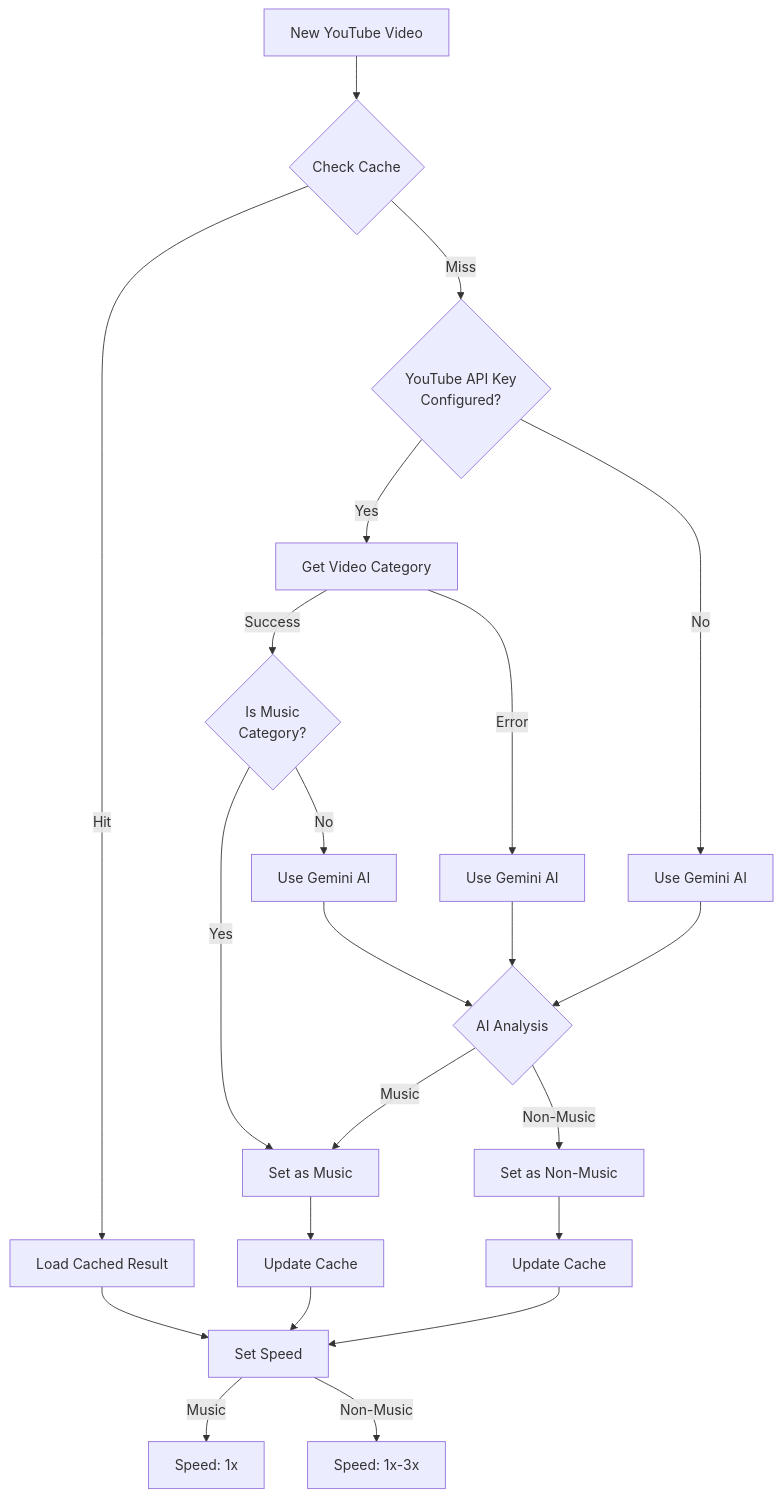
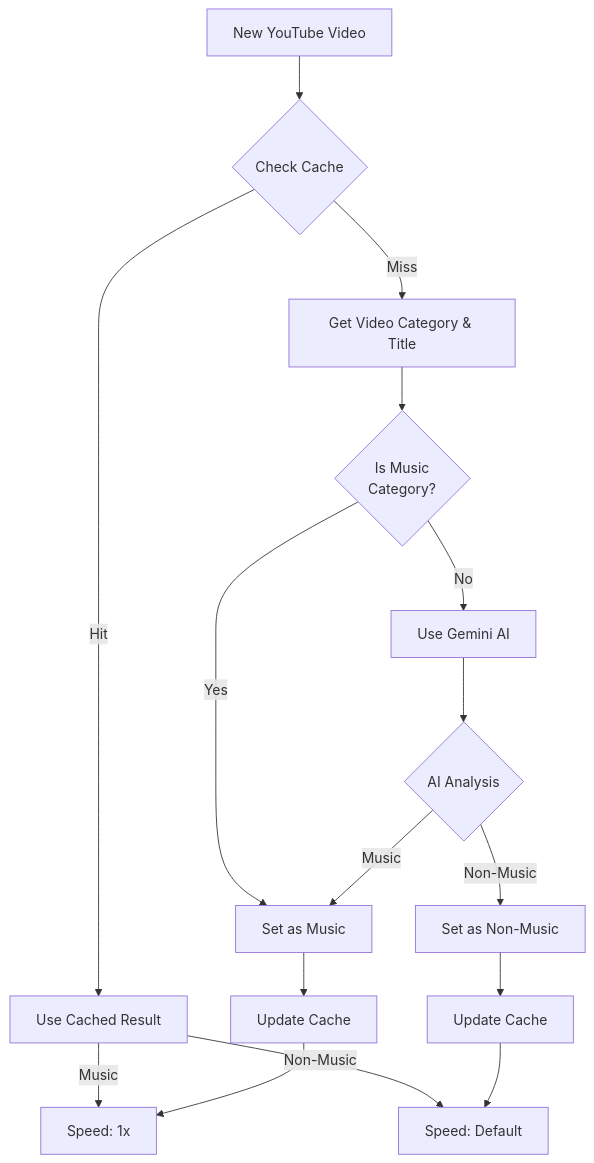
One commit to izumiz-dev/music-x1 changed the diagram in README.md. Above: the diagram before and after it, drawn with Mermaid. The commit also changed other lines of this file and 5 other files, not shown here.

Commit message:
YouTube API key is now required for accurate video details retrieval; added default playback rate setting in options and updated related UI components.

````diff
--- a/README.md
+++ b/README.md
@@ -16,33 +16,24 @@
 ```mermaid
 flowchart TD
     Start[New YouTube Video] --> Cache{Check Cache}
-    Cache -->|Hit| GetCache[Load Cached Result]
-    Cache -->|Miss| ApiKey{YouTube API Key<br>Configured?}
+    Cache -->|Hit| UseCached[Use Cached Result]
+    Cache -->|Miss| Category[Get Video Category & Title]
     
-    GetCache --> SetSpeed[Set Speed]
+    UseCached -->|Music| Speed1[Speed: 1x]
+    UseCached -->|Non-Music| Speed2[Speed: Default]
     
-    ApiKey -->|Yes| Category[Get Video Category]
-    ApiKey -->|No| Gemini1[Use Gemini AI]
-    
-    Category -->|Success| Check{Is Music<br>Category?}
-    Category -->|Error| Gemini2[Use Gemini AI]
+    Category --> Check{Is Music<br>Category?}
     
     Check -->|Yes| Music[Set as Music]
-    Check -->|No| Gemini3[Use Gemini AI]
+    Check -->|No| Gemini[Use Gemini AI]
     
-    Gemini1 --> Analysis1{AI Analysis}
-    Gemini2 --> Analysis1
-    Gemini3 --> Analysis1
-    
-    Analysis1 -->|Music| Music
-    Analysis1 -->|Non-Music| NonMusic[Set as Non-Music]
+    Gemini --> Analysis{AI Analysis}
+    Analysis -->|Music| Music
+    Analysis -->|Non-Music| NonMusic[Set as Non-Music]
     
     Music --> Cache1[Update Cache]
     NonMusic --> Cache2[Update Cache]
     
-    Cache1 --> SetSpeed
-    Cache2 --> SetSpeed
-    
-    SetSpeed -->|Music| Speed1[Speed: 1x]
-    SetSpeed -->|Non-Music| Speed2[Speed: 1x-3x]
+    Cache1 --> Speed1
+    Cache2 --> Speed2
 ```
````
